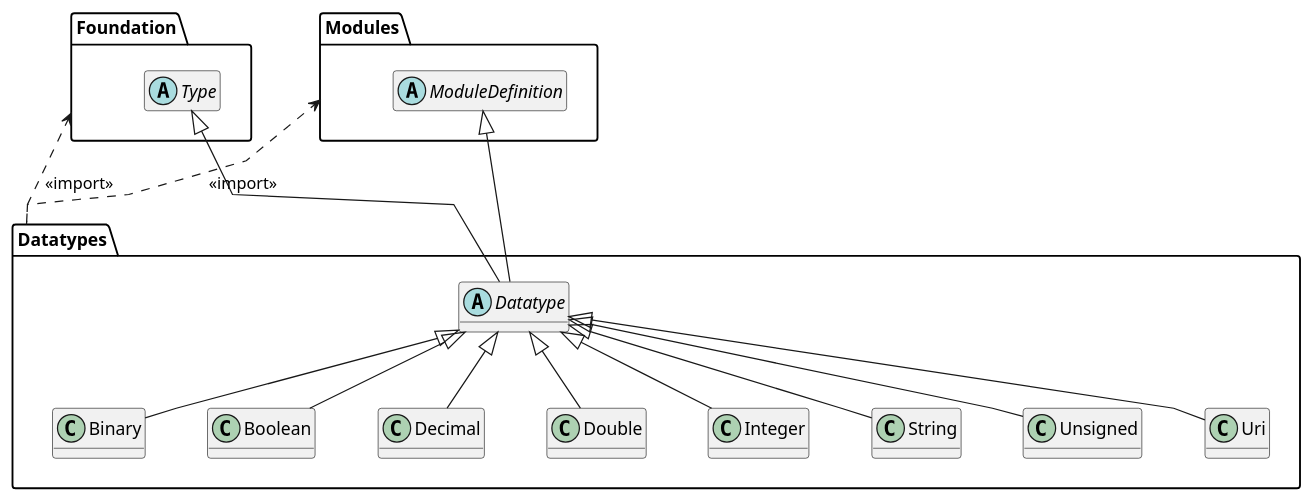
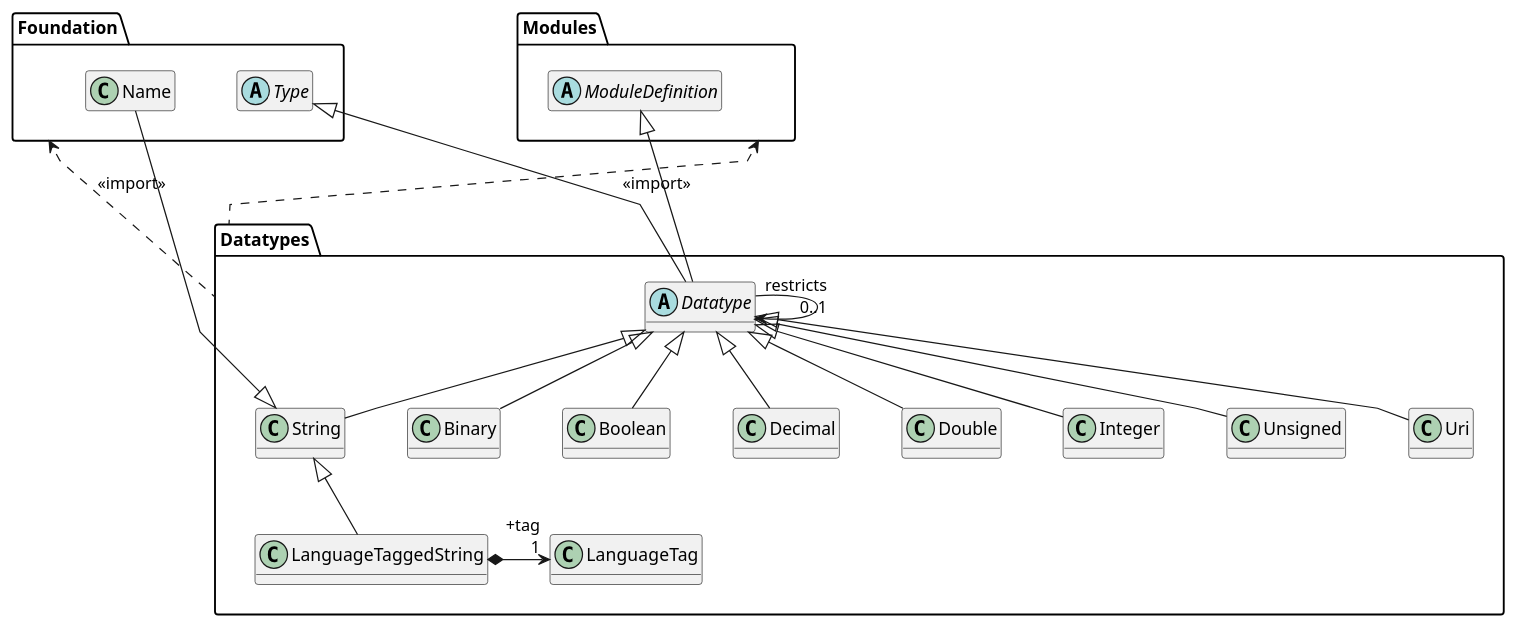
One commit to sdm-lang/sdml-io changed the fifth of 18 diagrams in docs/meta-model.org. Above: the diagram before and after it, drawn with PlantUML. The commit also changed other lines of this file and 20 other files, not shown here.

```diff
--- a/docs/meta-model.org
+++ b/docs/meta-model.org
@@ -302,44 +489,54 @@
 #+BEGIN_SRC plantuml :file ./metamodel-datatypes.svg
 @startuml
 skinparam backgroundColor transparent
 skinparam linetype polyline
 skinparam nodesep 50
 hide methods
 
 package Foundation {
     hide members
+    class Name {}
     abstract class Type {}
 }
 
 package Modules {
     hide members
     abstract class ModuleDefinition {}
 }
 
 package Datatypes {
     abstract class Datatype {}
     Datatype -up-|> Type
     Datatype -up-|> ModuleDefinition
+
+    Datatype ---> "restricts\r0..1" Datatype
     
     class Binary {}
     Binary -up-|> Datatype
     class Boolean {}
     Boolean -up-|> Datatype
     class Decimal {}
     Decimal -up-|> Datatype
     class Double {}
     Double -up-|> Datatype
     class Integer{}
     Integer -up-|> Datatype
     class String{}
     String -up-|> Datatype
     class Unsigned{}
     Unsigned -up-|> Datatype
     class Uri{}
     Uri -up-|> Datatype
+
+    class LanguageTag {}
+    class LanguageTaggedString {}
+    LanguageTaggedString -up-|> String
+    LanguageTaggedString *---right---> "+tag\r1" LanguageTag
+
+    Name -up-|> String
 }
 
 Datatypes .up.> Foundation: <<import>>
 Datatypes .up.> Modules: <<import>>
 @enduml
 #+END_SRC
```
